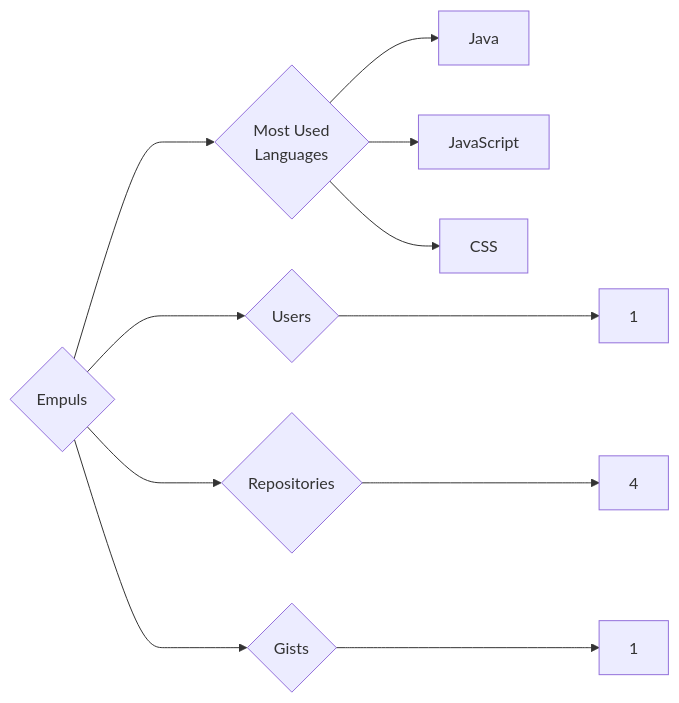
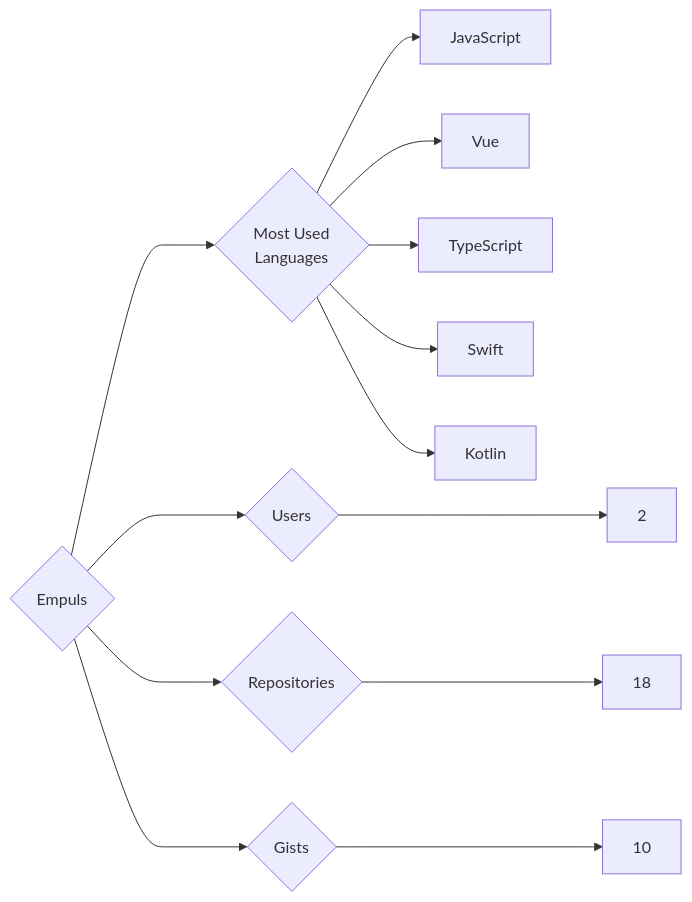
One commit to trickest/insiders changed the diagram in targets/Empuls/README.md. Above: the diagram before and after it, drawn with Mermaid. The commit also changed 1084 other files, not shown here.

````diff
--- a/targets/Empuls/README.md
+++ b/targets/Empuls/README.md
@@ -3,11 +3,13 @@
 ```mermaid
 graph LR
 COMPANY_NAME{Empuls}
-COMPANY_NAME ---> U{Users} ---> UN[1]
-COMPANY_NAME ---> R{Repositories} ---> RN[4]
-COMPANY_NAME ---> G{Gists} ---> GN[1]
+COMPANY_NAME ---> U{Users} ---> UN[2]
+COMPANY_NAME ---> R{Repositories} ---> RN[18]
+COMPANY_NAME ---> G{Gists} ---> GN[10]
 COMPANY_NAME ---> ML{Most Used<br>Languages}
-ML --> Java[Java]
 ML --> JavaScript[JavaScript]
-ML --> CSS[CSS]
+ML --> Vue[Vue]
+ML --> TypeScript[TypeScript]
+ML --> Swift[Swift]
+ML --> Kotlin[Kotlin]
 ```
````
